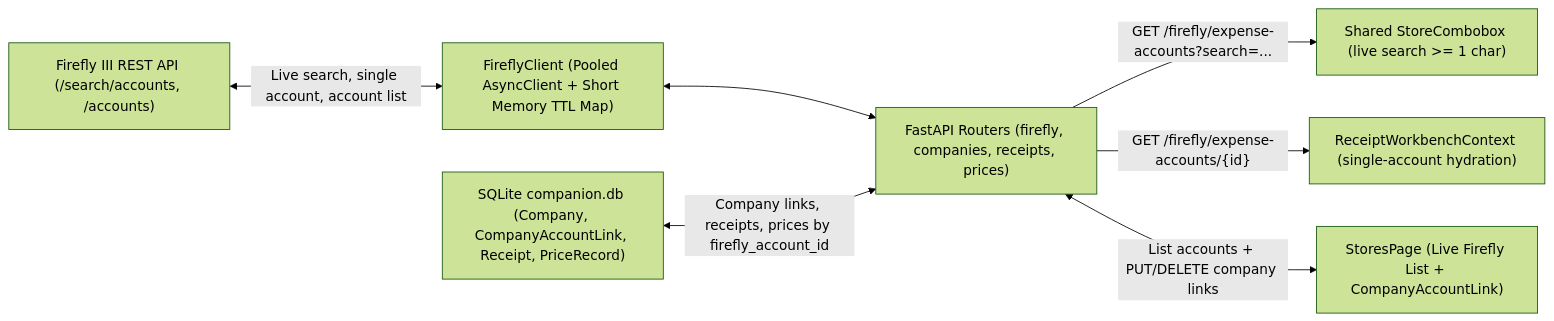
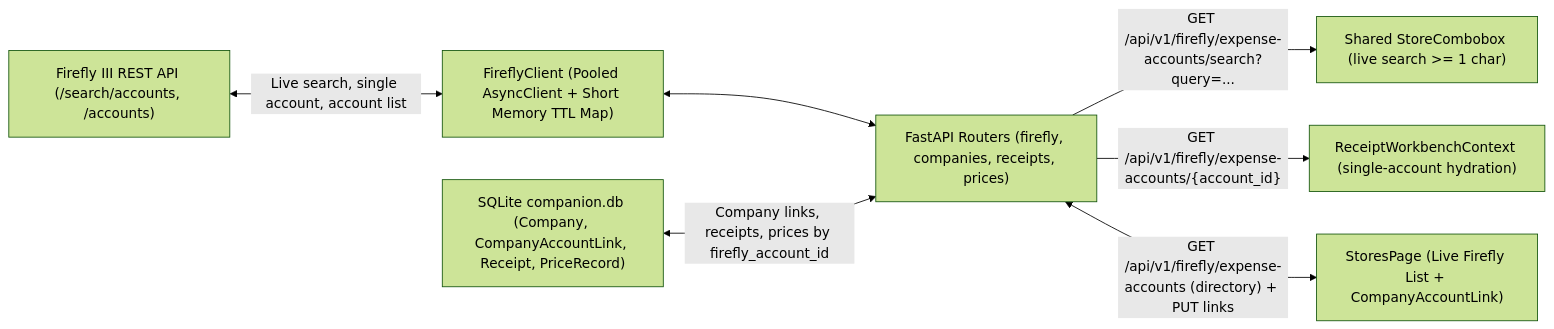
One commit to fabriziocacicia/my-firefly changed the diagram in docs/designs/live_firefly_stores_and_optional_company.md. Above: the diagram before and after it, drawn with Mermaid (forest theme). The commit also changed other lines of this file, not shown here.

Commit message:
docs(designs): approve live Firefly store lookup and optional company design

````diff
--- a/docs/designs/live_firefly_stores_and_optional_company.md
+++ b/docs/designs/live_firefly_stores_and_optional_company.md
@@ -71,17 +73,17 @@
 ```mermaid
 flowchart LR
     FF["Firefly III REST API (/search/accounts, /accounts)"]
     FFCLIENT["FireflyClient (Pooled AsyncClient + Short Memory TTL Map)"]
     DB["SQLite companion.db (Company, CompanyAccountLink, Receipt, PriceRecord)"]
     API["FastAPI Routers (firefly, companies, receipts, prices)"]
     COMBO["Shared StoreCombobox (live search >= 1 char)"]
     HYDRATE["ReceiptWorkbenchContext (single-account hydration)"]
     STORES["StoresPage (Live Firefly List + CompanyAccountLink)"]
 
     FF <-->|"Live search, single account, account list"| FFCLIENT
     FFCLIENT <--> API
     DB <-->|"Company links, receipts, prices by firefly_account_id"| API
-    API -->|"GET /firefly/expense-accounts?search=..."| COMBO
-    API -->|"GET /firefly/expense-accounts/{id}"| HYDRATE
-    API <-->|"List accounts + PUT/DELETE company links"| STORES
+    API -->|"GET /api/v1/firefly/expense-accounts/search?query=..."| COMBO
+    API -->|"GET /api/v1/firefly/expense-accounts/{account_id}"| HYDRATE
+    API <-->|"GET /api/v1/firefly/expense-accounts (directory) + PUT links"| STORES
 ```
````
